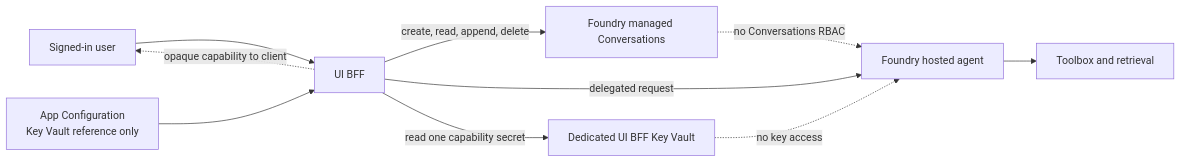
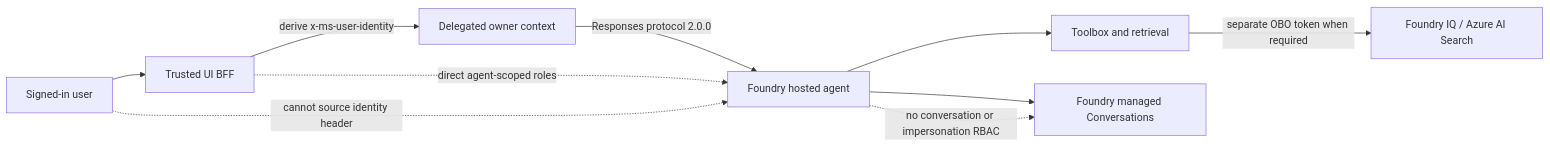
The diagram in docs/hosted_continuity_platform_contract.md (Azure/GPT-RAG), drawn with Mermaid before and after one commit. The commit also changed other lines of this file and 14 other files, not shown here.

````diff
--- a/docs/hosted_continuity_platform_contract.md
+++ b/docs/hosted_continuity_platform_contract.md
@@ -21,13 +22,13 @@
 ```mermaid
 flowchart LR
-  User[Signed-in user] --> UI[UI BFF]
-  UI -->|create, read, append, delete| Conv[Foundry managed Conversations]
-  UI -->|delegated request| Agent[Foundry hosted agent]
-  UI -->|read one capability secret| KV[Dedicated UI BFF Key Vault]
-  AppConfig[App Configuration<br/>Key Vault reference only] --> UI
+  User[Signed-in user] --> UI[Trusted UI BFF]
+  UI -->|derive x-ms-user-identity| Owner[Delegated owner context]
+  Owner -->|Responses protocol 2.0.0| Agent[Foundry hosted agent]
   Agent --> Tools[Toolbox and retrieval]
+  Tools -->|separate OBO token when required| Sources[Foundry IQ / Azure AI Search]
+  Agent --> Conv[Foundry managed Conversations]
 
-  UI -. opaque capability to client .-> User
-  KV -. no key access .-> Agent
-  Conv -. no Conversations RBAC .-> Agent
+  UI -. direct agent-scoped roles .-> Agent
+  User -. cannot source identity header .-> Agent
+  Agent -. no conversation or impersonation RBAC .-> Conv
 ```
````
